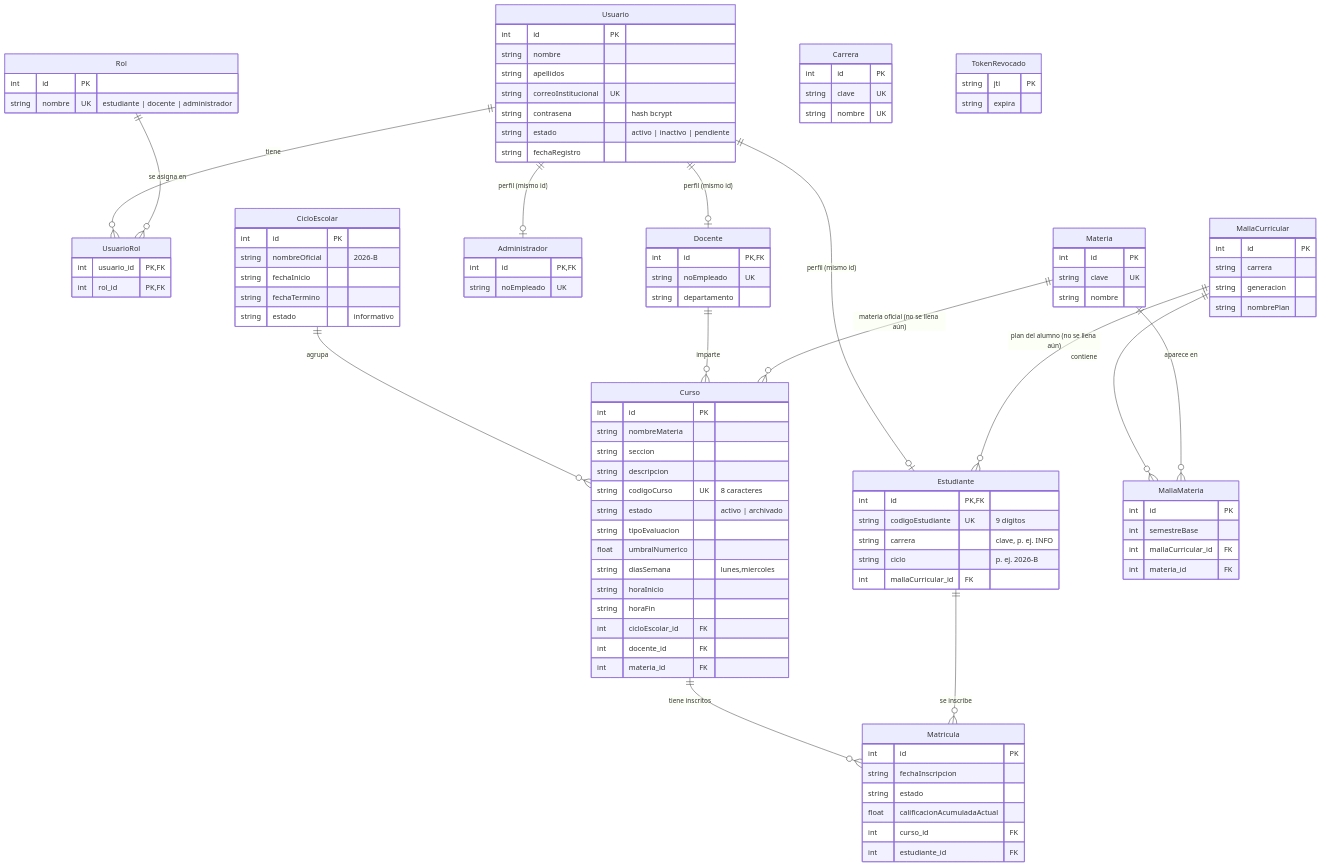
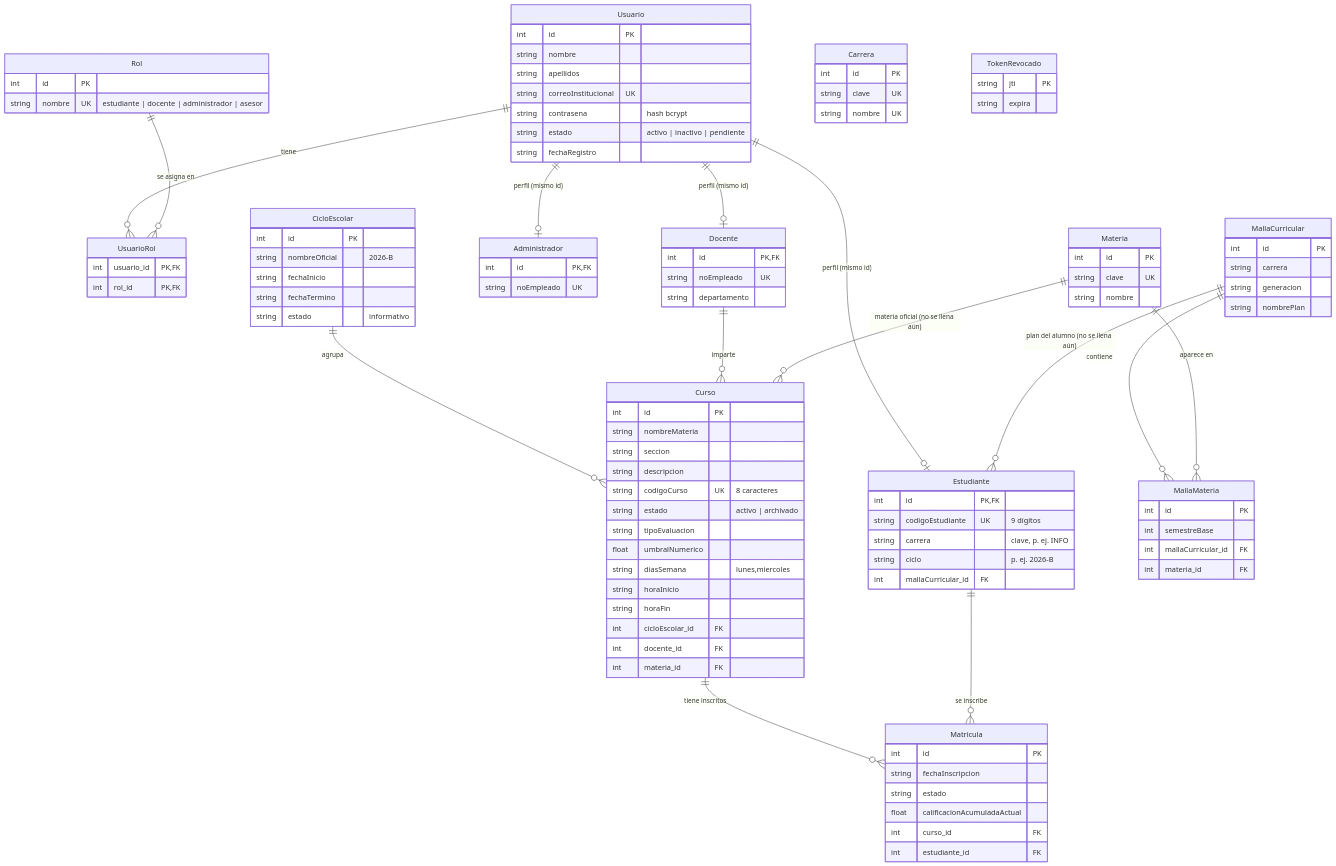
The first of 4 diagrams in docs/backend/03-base-de-datos.md (Huitrado/SEPA), drawn with Mermaid before and after one commit. The commit also changed other lines of this file and 12 other files, not shown here.

```diff
--- a/docs/backend/03-base-de-datos.md
+++ b/docs/backend/03-base-de-datos.md
@@ -64,7 +64,7 @@
     }
     Rol {
         int id PK
-        string nombre UK "estudiante | docente | administrador"
+        string nombre UK "estudiante | docente | administrador | asesor"
     }
     UsuarioRol {
         int usuario_id PK, FK
```
